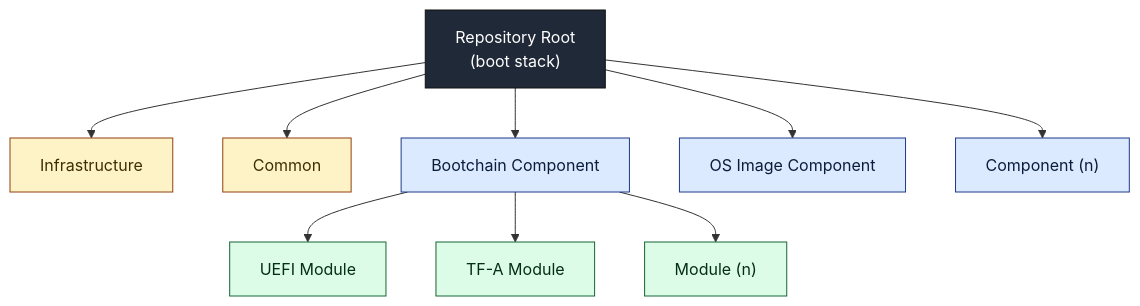
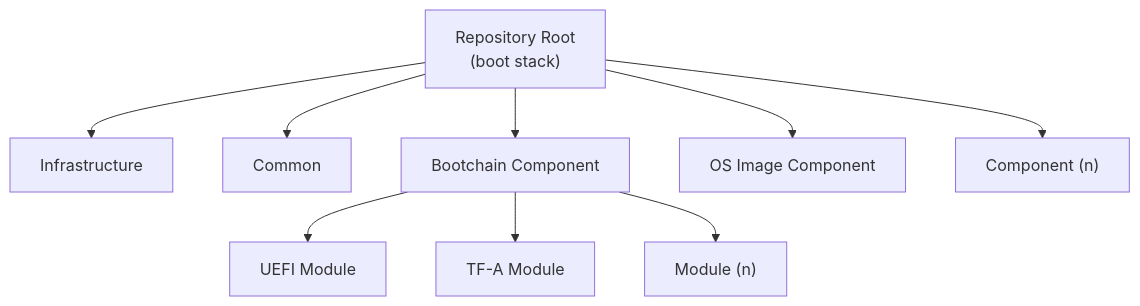
One commit to OpenDevicePartnership/odp-platform-radxa-orion-o6 changed the diagram in README.md. Above: the diagram before and after it, drawn with Mermaid.

Commit message:
Mermaid rendering issues found when PR created, first debug attempt.

````diff
--- a/README.md
+++ b/README.md
@@ -13,26 +13,12 @@
 ```mermaid
 flowchart TD
     root["Repository Root<br/>(boot stack)"]
-
     root --> inf["Infrastructure"]
     root --> cmn["Common"]
     root --> bc["Bootchain Component"]
     root --> os["OS Image Component"]
     root --> cmpn["Component (n)"]
-
     bc --> uefi["UEFI Module"]
     bc --> tfa["TF-A Module"]
     bc --> modn["Module (n)"]
-
-    classDef rt fill:#1f2937,stroke:#111,color:#fff;
-    class root rt;
-
-    classDef stk fill:#dbeafe,stroke:#1e3a8a,color:#0b1d3b;
-    class bc,os,cmpn stk;
-
-    classDef mod fill:#dcfce7,stroke:#166534,color:#052e16;
-    class uefi,tfa,modn mod;
-
-    classDef supt fill:#fef3c7,stroke:#92400e,color:#3f2d04;
-    class inf,cmn supt;
 ```
````
